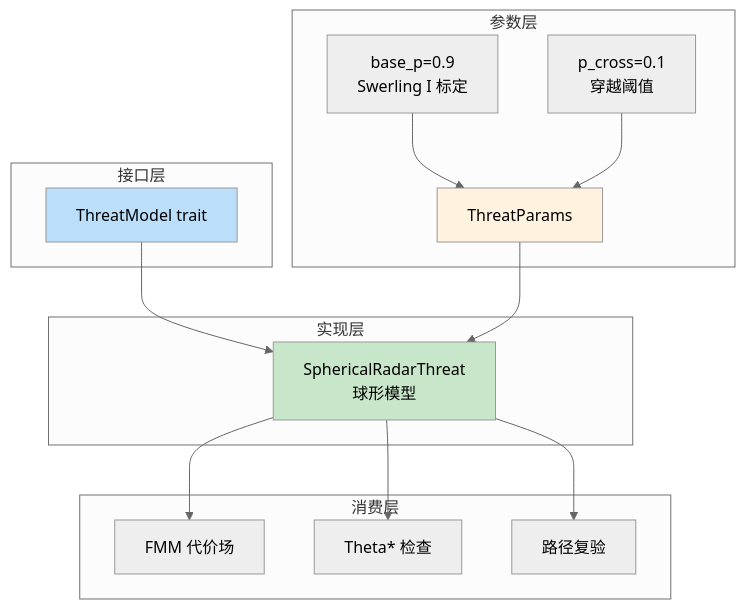
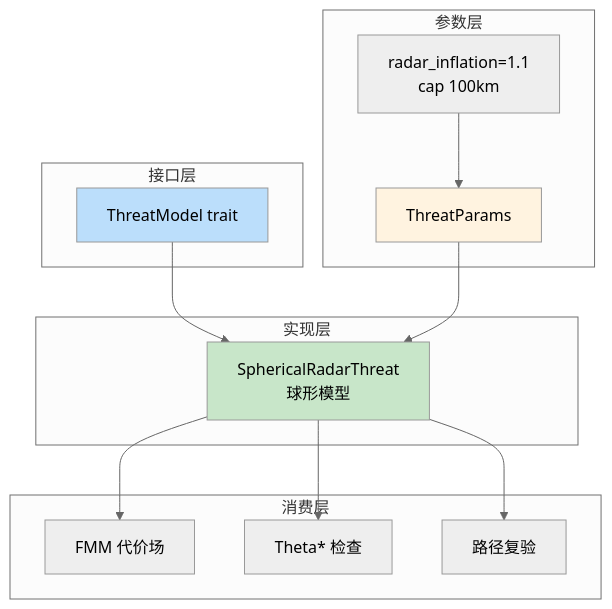
The first of 3 diagrams in docs/algorithms/03-威胁模型.md (hllshiro/aircraft-router-planner), drawn with Mermaid (neutral theme) before and after one commit. The commit also changed other lines of this file and 11 other files, not shown here.

````diff
--- a/docs/algorithms/03-威胁模型.md
+++ b/docs/algorithms/03-威胁模型.md
@@ -16,35 +16,33 @@
 ```mermaid
 graph TB
     subgraph 接口层
         TM[ThreatModel trait]
     end
 
     subgraph 实现层
         SPH[SphericalRadarThreat<br>球形模型]
     end
 
     subgraph 参数层
         PARAMS[ThreatParams]
-        BP[base_p=0.9<br>Swerling I 标定]
-        PC[p_cross=0.1<br>穿越阈值]
+        INFL[radar_inflation=1.1<br>cap 100km]
     end
 
     subgraph 消费层
         FMM[FMM 代价场]
         THETA[Theta* 检查]
         VERIFY[路径复验]
     end
 
     TM --> SPH
     PARAMS --> SPH
-    BP --> PARAMS
-    PC --> PARAMS
+    INFL --> PARAMS
 
     SPH --> FMM
     SPH --> THETA
     SPH --> VERIFY
 
     style TM fill:#bbdefb
     style SPH fill:#c8e6c9
     style PARAMS fill:#fff3e0
 ```
````
